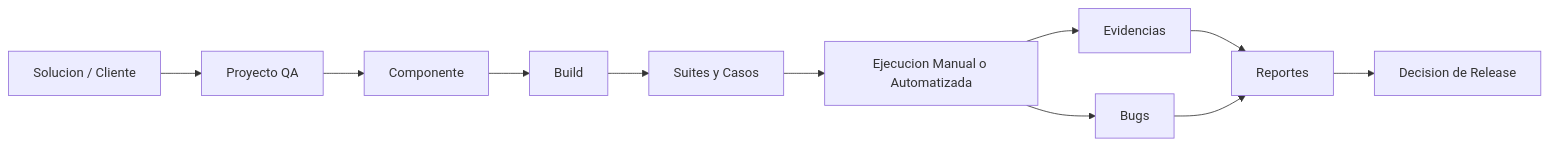
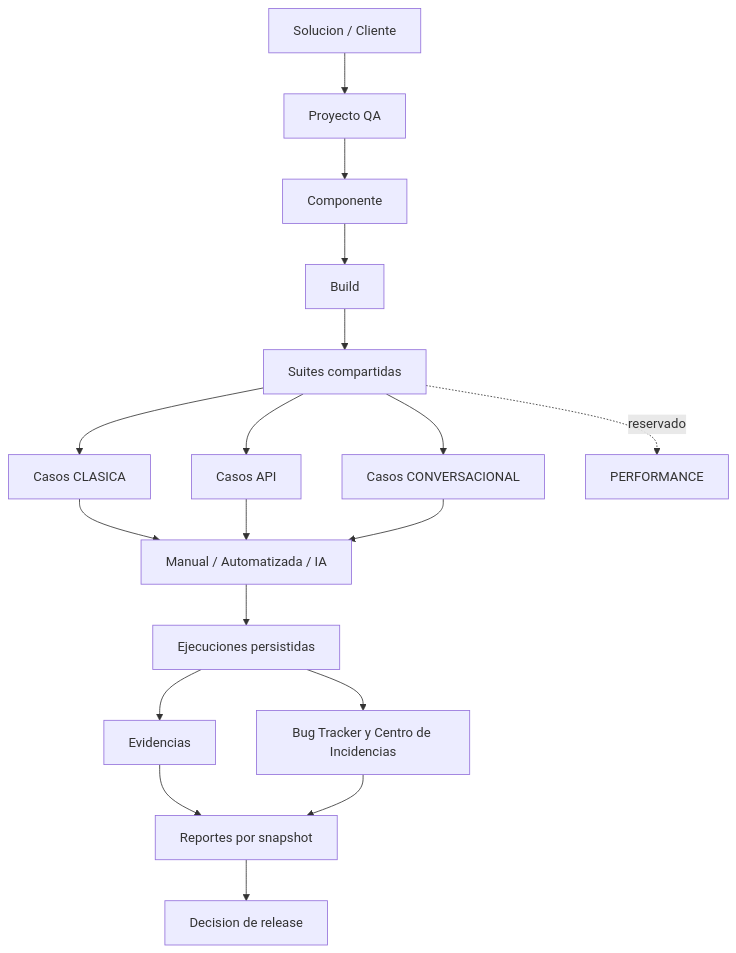
Before and after one commit to treseko/treseko-platform: the first of 3 diagrams in README.md, drawn with Mermaid. The commit also changed other lines of this file and 779 other files, not shown here.

````diff
--- a/README.md
+++ b/README.md
@@ -78,13 +106,20 @@
 ```mermaid
-flowchart LR
+flowchart TB
   A[Solucion / Cliente] --> B[Proyecto QA]
   B --> C[Componente]
   C --> D[Build]
-  D --> E[Suites y Casos]
-  E --> F[Ejecucion Manual o Automatizada]
-  F --> G[Evidencias]
-  F --> H[Bugs]
-  G --> I[Reportes]
+  D --> E[Suites compartidas]
+  E --> FC[Casos CLASICA]
+  E --> FA[Casos API]
+  E --> FCH[Casos CONVERSACIONAL]
+  E -. reservado .-> FP[PERFORMANCE]
+  FC --> M[Manual / Automatizada / IA]
+  FA --> M
+  FCH --> M
+  M --> X[Ejecuciones persistidas]
+  X --> G[Evidencias]
+  X --> H[Bug Tracker y Centro de Incidencias]
+  G --> I[Reportes por snapshot]
   H --> I
-  I --> J[Decision de Release]
+  I --> J[Decision de release]
 ```
````
